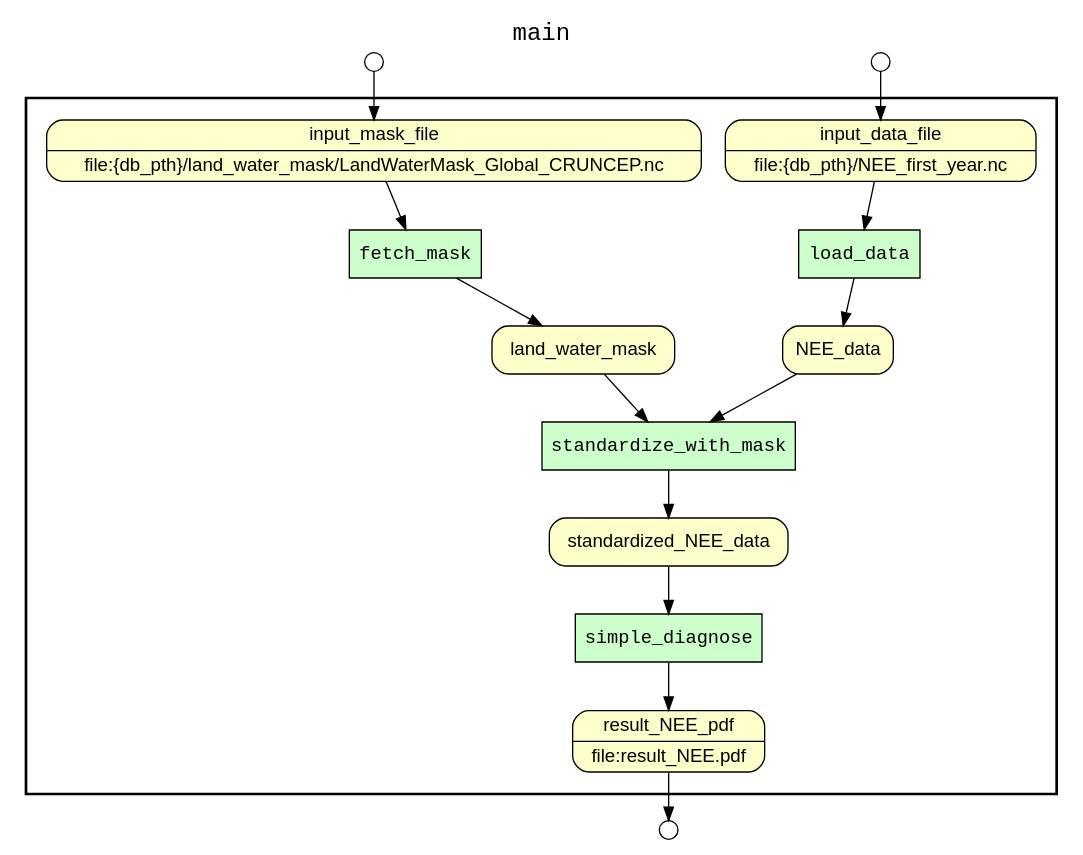
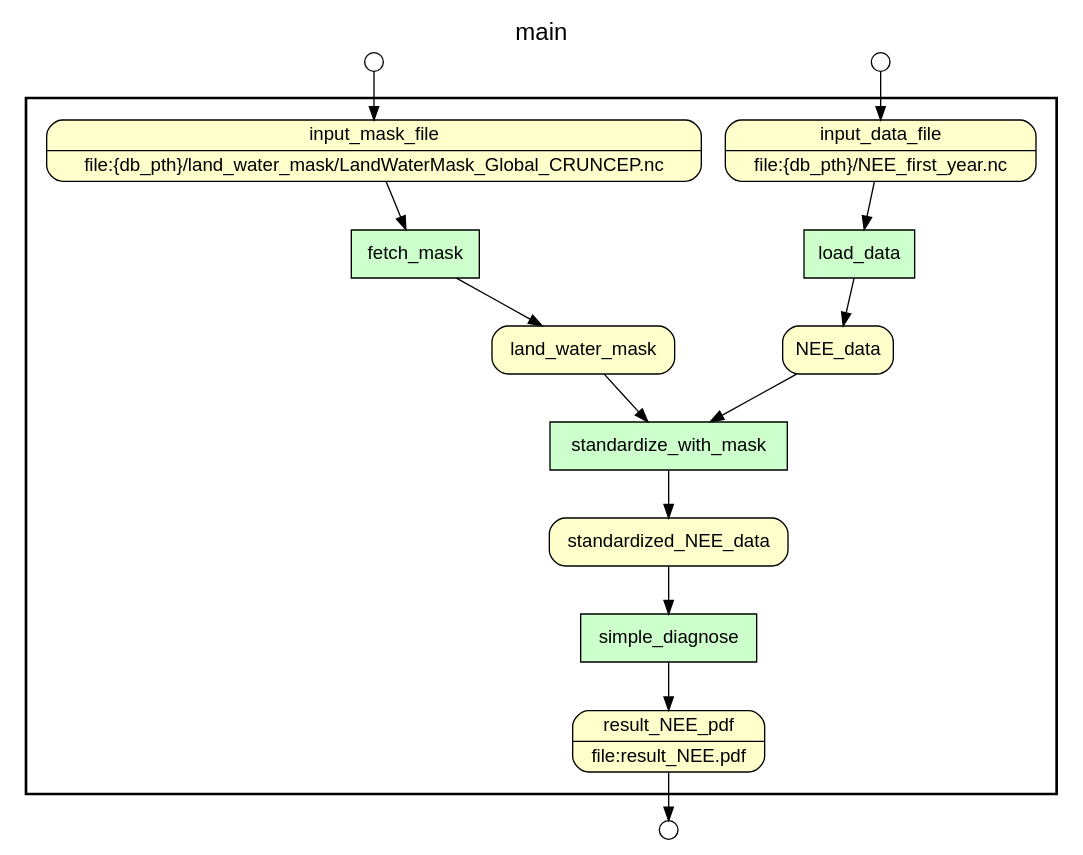
Before and after one commit to yesworkflow-org/yw-prototypes: the diagram in src/main/resources/example_process.gv, drawn with Graphviz. The commit also changed 43 other files, not shown here.

Commit message:
Replaced Courier font with Helvetica as default for all graph elements.

```diff
--- a/src/main/resources/example_process.gv
+++ b/src/main/resources/example_process.gv
@@ -1,69 +1,69 @@
 
 /* Start of top-level graph */
 digraph Workflow {
 rankdir=TB
 
 /* Title for graph */
-fontname=Courier; fontsize=18; labelloc=t
+fontname=Helvetica; fontsize=18; labelloc=t
 label=main
 
 /* Start of double cluster for drawing box around nodes in workflow */
 subgraph cluster_workflow_box_outer { label=""; color=black; penwidth=2
 subgraph cluster_workflow_box_inner { label=""; penwidth=0
 
 /* Style for nodes representing atomic programs in workflow */
-node[shape=box style=filled fillcolor="#CCFFCC" peripheries=1 fontname=Courier]
+node[shape=box style=filled fillcolor="#CCFFCC" peripheries=1 fontname=Helvetica]
 
 /* Nodes representing atomic programs in workflow */
 fetch_mask
 load_data
 standardize_with_mask
 simple_diagnose
 
 /* Style for nodes representing non-parameter data channels in workflow */
 node[shape=box style="rounded,filled" fillcolor="#FFFFCC" peripheries=1 fontname=Helvetica]
 
 /* Nodes representing non-parameter data channels in workflow */
 result_NEE_pdf [shape=record rankdir=LR label="{<f0> result_NEE_pdf |<f1> file\:result_NEE.pdf}"];
 input_mask_file [shape=record rankdir=LR label="{<f0> input_mask_file |<f1> file\:\{db_pth\}/land_water_mask/LandWaterMask_Global_CRUNCEP.nc}"];
 input_data_file [shape=record rankdir=LR label="{<f0> input_data_file |<f1> file\:\{db_pth\}/NEE_first_year.nc}"];
 NEE_data
 land_water_mask
 standardized_NEE_data
 
 /* Edges representing connections between programs and channels */
 fetch_mask -> land_water_mask
 input_mask_file -> fetch_mask
 load_data -> NEE_data
 input_data_file -> load_data
 standardize_with_mask -> standardized_NEE_data
 NEE_data -> standardize_with_mask
 land_water_mask -> standardize_with_mask
 simple_diagnose -> result_NEE_pdf
 standardized_NEE_data -> simple_diagnose
 
 /* End of double cluster for drawing box around nodes in workflow */
 }}
 
 /* Style for nodes representing workflow input ports */
 node[shape=circle style="rounded,filled" fillcolor="#FFFFFF" peripheries=1 fontname=Helvetica width=0.2]
 
 /* Nodes representing workflow input ports */
 input_mask_file_input_port [label=""]
 input_data_file_input_port [label=""]
 
 /* Style for nodes representing workflow output ports */
 node[shape=circle style="rounded,filled" fillcolor="#FFFFFF" peripheries=1 fontname=Helvetica width=0.2]
 
 /* Nodes representing workflow output ports */
 result_NEE_pdf_output_port [label=""]
 
 /* Edges from input ports to channels */
 input_mask_file_input_port -> input_mask_file
 input_data_file_input_port -> input_data_file
 
 /* Edges from channels to output ports */
 result_NEE_pdf -> result_NEE_pdf_output_port
 
 /* End of top-level graph */
 }
```
